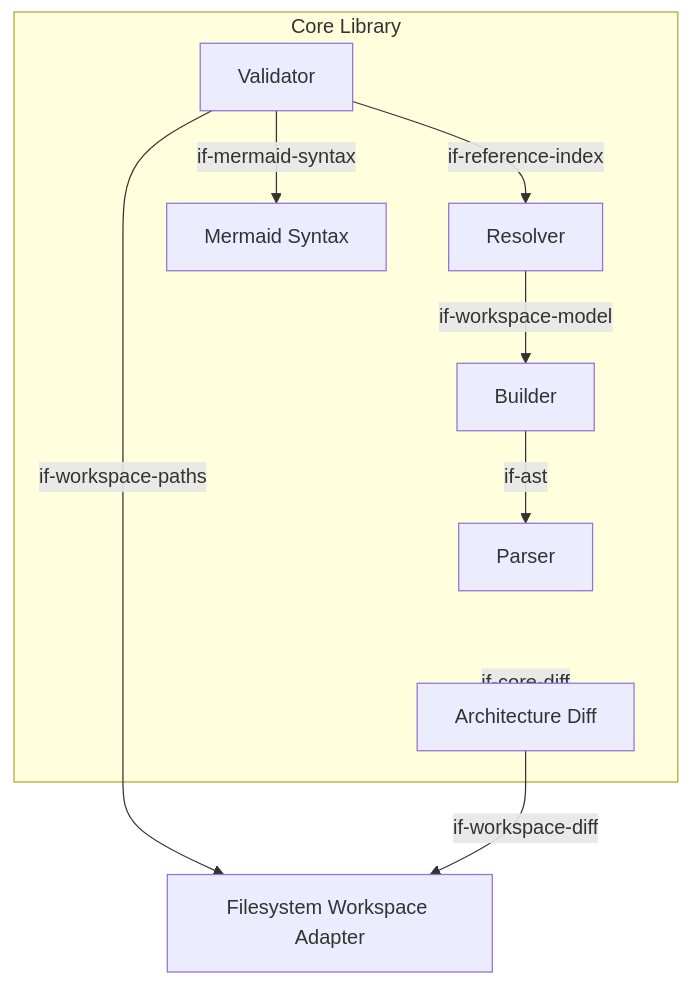
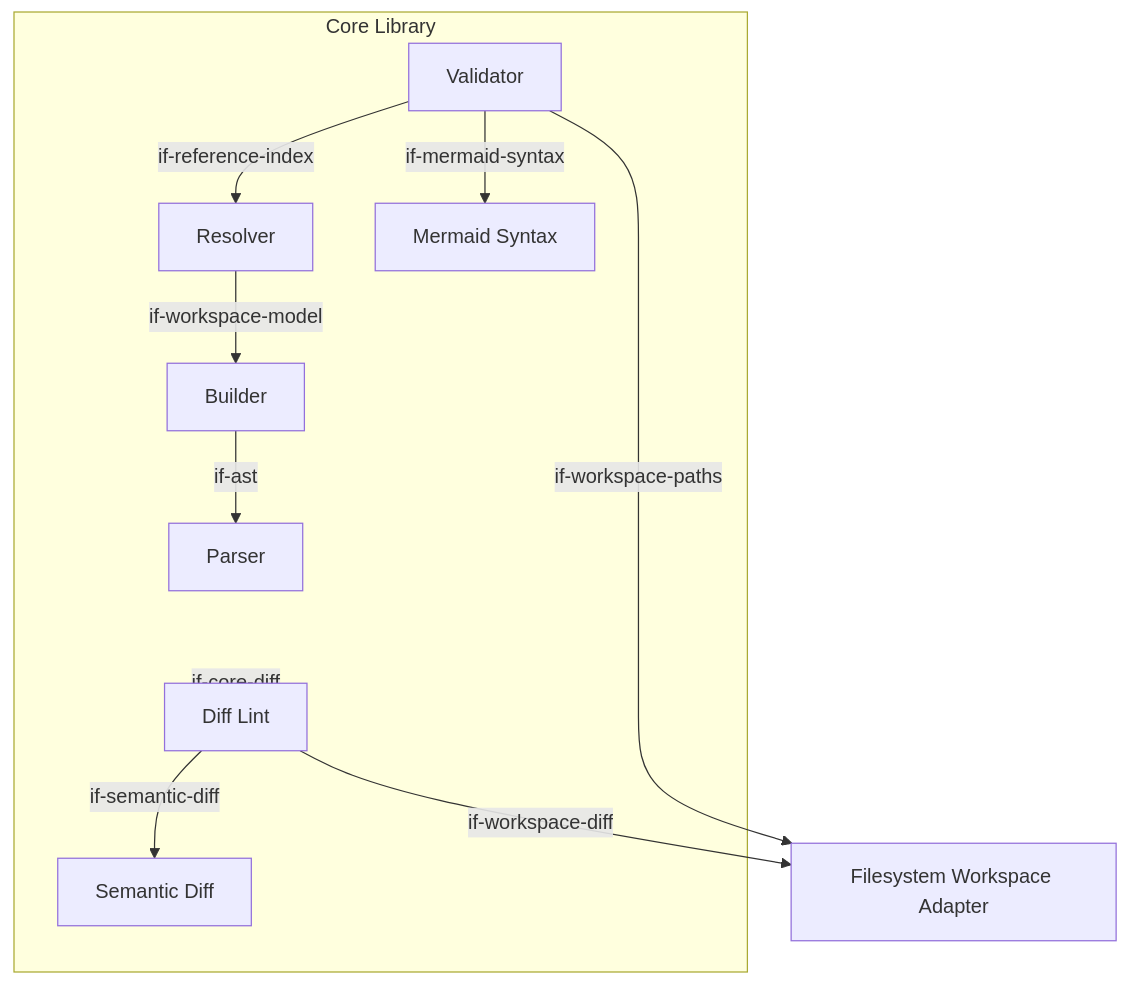
Before and after one commit to docToolchain/arc42-language: the second of 3 diagrams in docs/arc42/05-building-blocks.arc42.md, drawn with Mermaid. The commit also changed other lines of this file and 3 other files, not shown here.

First line of the commit message:
docs(arc42): model Diff Lint and Semantic Diff building blocks

````diff
--- a/docs/arc42/05-building-blocks.arc42.md
+++ b/docs/arc42/05-building-blocks.arc42.md
@@ -75,20 +75,22 @@
 ```mermaid
 graph TD
     subgraph bb-core["Core Library"]
         bb-parser["Parser"]
         bb-builder["Builder"]
         bb-resolver["Resolver"]
         bb-validator["Validator"]
-        bb-diff["Architecture Diff"]
+        bb-diff["Diff Lint"]
+        bb-semantic-diff["Semantic Diff"]
         bb-mermaid["Mermaid Syntax"]
     end
     bb-workspace-fs["Filesystem Workspace Adapter"]
 
     bb-builder -->|"if-ast"| bb-parser
     bb-resolver -->|"if-workspace-model"| bb-builder
     bb-validator -->|"if-reference-index"| bb-resolver
     bb-validator -->|"if-workspace-paths"| bb-workspace-fs
     bb-diff -->|"if-workspace-diff"| bb-workspace-fs
+    bb-diff -->|"if-semantic-diff"| bb-semantic-diff
     bb-core -->|"if-core-diff"| bb-diff
     bb-validator -->|"if-mermaid-syntax"| bb-mermaid
 ```
````
